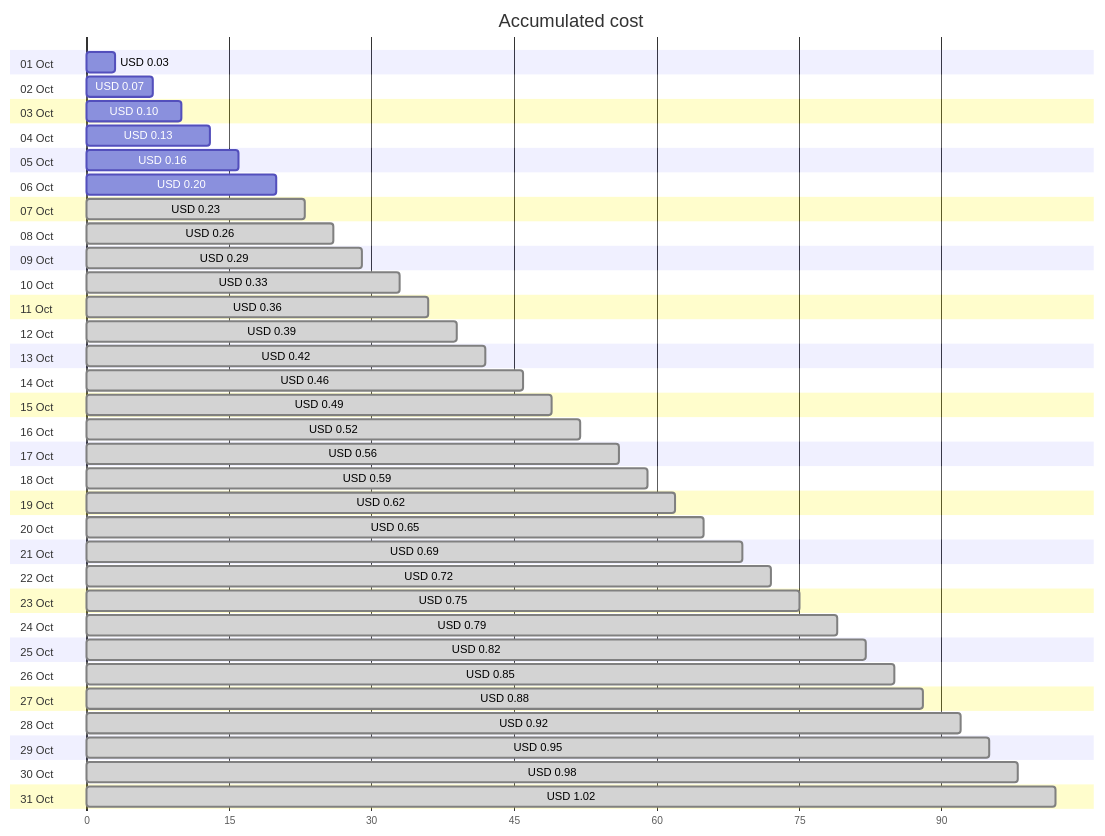
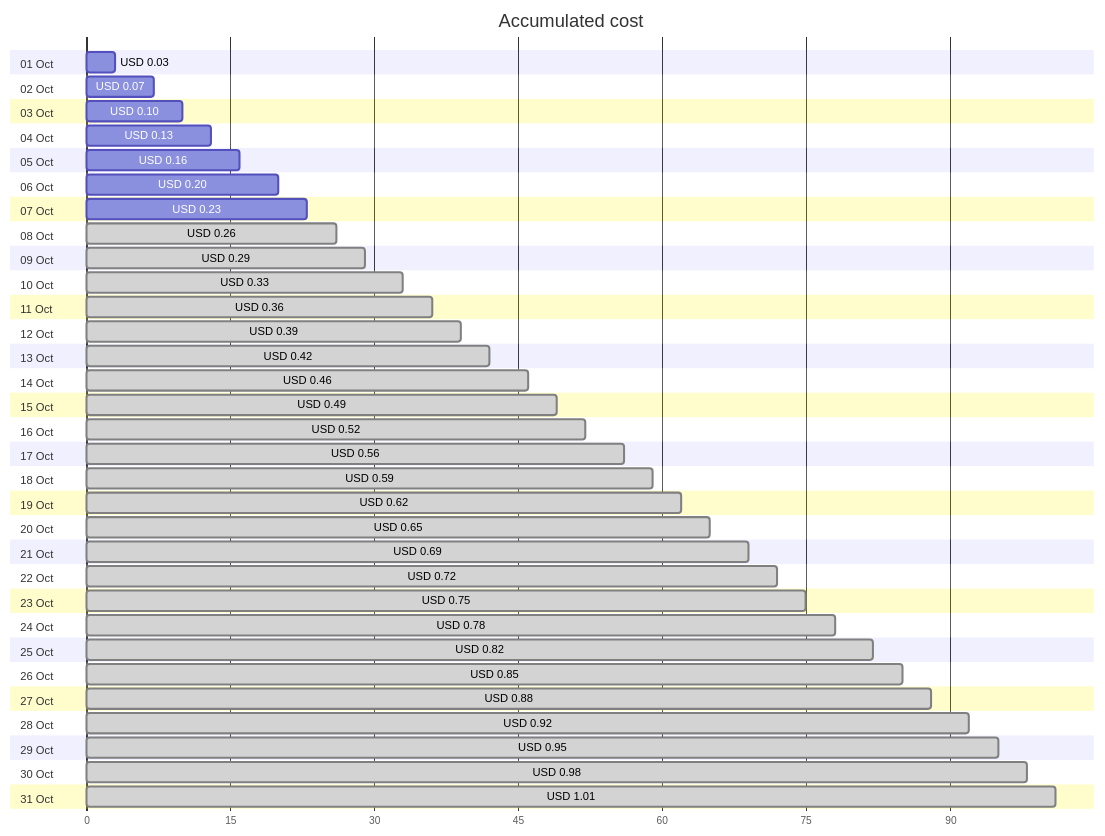
One commit to jpfulton/azure-personal-reports changed the first of 4 diagrams in cost-reports/personal-dns/README.md. Above: the diagram before and after it, drawn with Mermaid. The commit also changed other lines of this file and 2 other files, not shown here.

````diff
--- a/cost-reports/personal-dns/README.md
+++ b/cost-reports/personal-dns/README.md
@@ -20,68 +20,68 @@
 ```mermaid
 gantt
    title Accumulated cost
    dateFormat  X
    axisFormat %s
    section 01 Oct
    USD 0.03 :0, 3
    section 02 Oct
    USD 0.07 :0, 7
    section 03 Oct
    USD 0.10 :0, 10
    section 04 Oct
    USD 0.13 :0, 13
    section 05 Oct
    USD 0.16 :0, 16
    section 06 Oct
    USD 0.20 :0, 20
    section 07 Oct
-   USD 0.23 : done, 0, 23
+   USD 0.23 :0, 23
    section 08 Oct
    USD 0.26 : done, 0, 26
    section 09 Oct
    USD 0.29 : done, 0, 29
    section 10 Oct
    USD 0.33 : done, 0, 33
    section 11 Oct
    USD 0.36 : done, 0, 36
    section 12 Oct
    USD 0.39 : done, 0, 39
    section 13 Oct
    USD 0.42 : done, 0, 42
    section 14 Oct
    USD 0.46 : done, 0, 46
    section 15 Oct
    USD 0.49 : done, 0, 49
    section 16 Oct
    USD 0.52 : done, 0, 52
    section 17 Oct
    USD 0.56 : done, 0, 56
    section 18 Oct
    USD 0.59 : done, 0, 59
    section 19 Oct
    USD 0.62 : done, 0, 62
    section 20 Oct
    USD 0.65 : done, 0, 65
    section 21 Oct
    USD 0.69 : done, 0, 69
    section 22 Oct
    USD 0.72 : done, 0, 72
    section 23 Oct
    USD 0.75 : done, 0, 75
    section 24 Oct
-   USD 0.79 : done, 0, 79
+   USD 0.78 : done, 0, 78
    section 25 Oct
    USD 0.82 : done, 0, 82
    section 26 Oct
    USD 0.85 : done, 0, 85
    section 27 Oct
    USD 0.88 : done, 0, 88
    section 28 Oct
    USD 0.92 : done, 0, 92
    section 29 Oct
    USD 0.95 : done, 0, 95
    section 30 Oct
    USD 0.98 : done, 0, 98
    section 31 Oct
-   USD 1.02 : done, 0, 102
+   USD 1.01 : done, 0, 101
 ```
````
